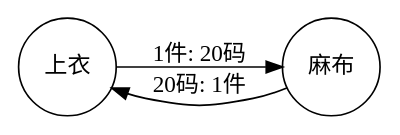
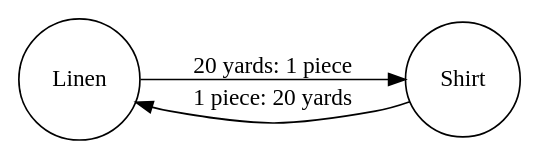
Before and after one commit to Wangsutan/Kapital: the diagram in 资本的生产过程/价值形式理论/价值形式/graphs_generated/simple_complete.dot, drawn with Graphviz. The commit also changed 82 other files, not shown here.

```diff
--- a/资本的生产过程/价值形式理论/价值形式/graphs_generated/simple_complete.dot
+++ b/资本的生产过程/价值形式理论/价值形式/graphs_generated/simple_complete.dot
@@ -1,6 +1,6 @@
 digraph 价值形式理论 {
     rankdir=LR;
     node [shape=circle];
-    "上衣" -> "麻布" [label="1件: 20码"];
-    "麻布" -> "上衣" [label="20码: 1件"];
+    "Linen" -> "Shirt" [label="20 yards: 1 piece"];
+    "Shirt" -> "Linen" [label="1 piece: 20 yards"];
 }
```
